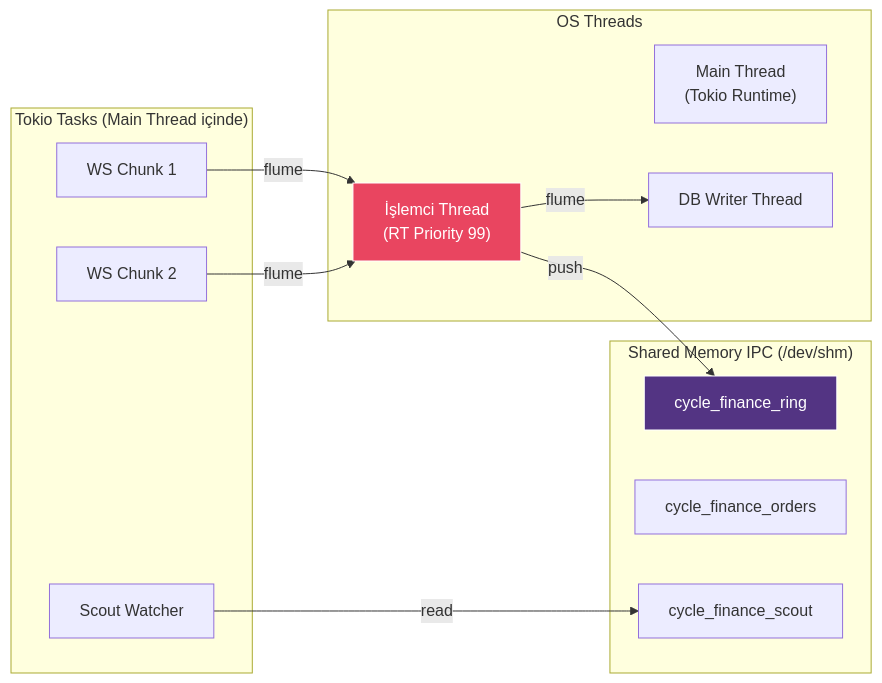
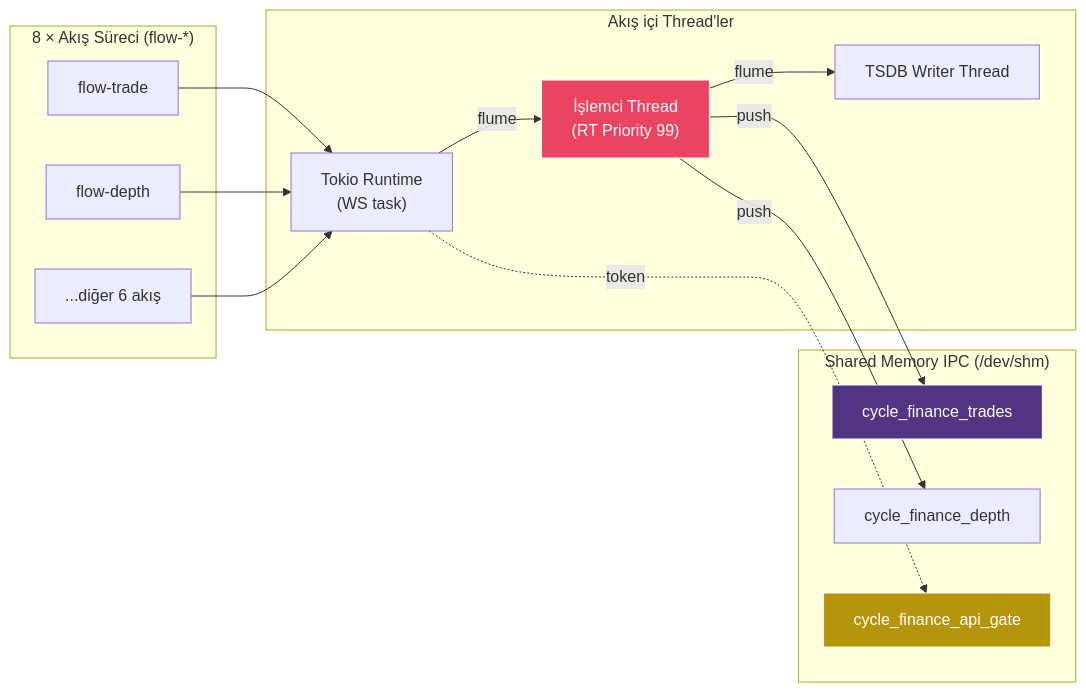
Before and after one commit to Quant-Trade-Lab-Community/cycle_finance_bot: the fourth of 4 diagrams in cycle-engine/cycle_engine_processes.md, drawn with Mermaid. The commit also changed other lines of this file and 105 other files, not shown here.

Commit message:
feat: flows veri hattı — 8 bağımsız akış (WS/REST → ring → TimescaleDB), rate gate, REST fallback + weight izleme; price-feed kaldırıldı; ai-engine & unused_services Desktop'a taşındı

````diff
--- a/cycle-engine/cycle_engine_processes.md
+++ b/cycle-engine/cycle_engine_processes.md
@@ -339,29 +376,33 @@
 ```mermaid
 graph LR
-    subgraph "OS Threads"
-        T1["Main Thread<br/>(Tokio Runtime)"]
+    subgraph "8 × Akış Süreci (flow-*)"
+        A1["flow-trade"]
+        A2["flow-depth"]
+        A3["...diğer 6 akış"]
+    end
+
+    subgraph "Akış içi Thread'ler"
+        T1["Tokio Runtime<br/>(WS task)"]
         T2["İşlemci Thread<br/>(RT Priority 99)"]
-        T3["DB Writer Thread"]
+        T3["TSDB Writer Thread"]
     end
-    
-    subgraph "Tokio Tasks (Main Thread içinde)"
-        K1["WS Chunk 1"]
-        K2["WS Chunk 2"]
-        K3["Scout Watcher"]
+
+    subgraph "Shared Memory IPC (/dev/shm)"
+        R1["cycle_finance_trades"]
+        R2["cycle_finance_depth"]
+        RG["cycle_finance_api_gate"]
     end
-    
-    subgraph "Shared Memory IPC (/dev/shm)"
-        R1["cycle_finance_ring"]
-        R2["cycle_finance_orders"]
-        R3["cycle_finance_scout"]
-    end
-    
-    K1 -->|flume| T2
-    K2 -->|flume| T2
-    T2 -->|push| R1
-    T2 -->|flume| T3
-    K3 -->|read| R3
-    
+
+    A1 --> T1
+    A2 --> T1
+    A3 --> T1
+    T1 -->|"flume"| T2
+    T2 -->|"push"| R1
+    T2 -->|"push"| R2
+    T2 -->|"flume"| T3
+    T1 -.->|"token"| RG
+
     style T2 fill:#e94560,stroke:#fff,color:#fff
     style R1 fill:#533483,stroke:#fff,color:#fff
+    style RG fill:#b7950b,stroke:#fff,color:#fff
 ```
````
